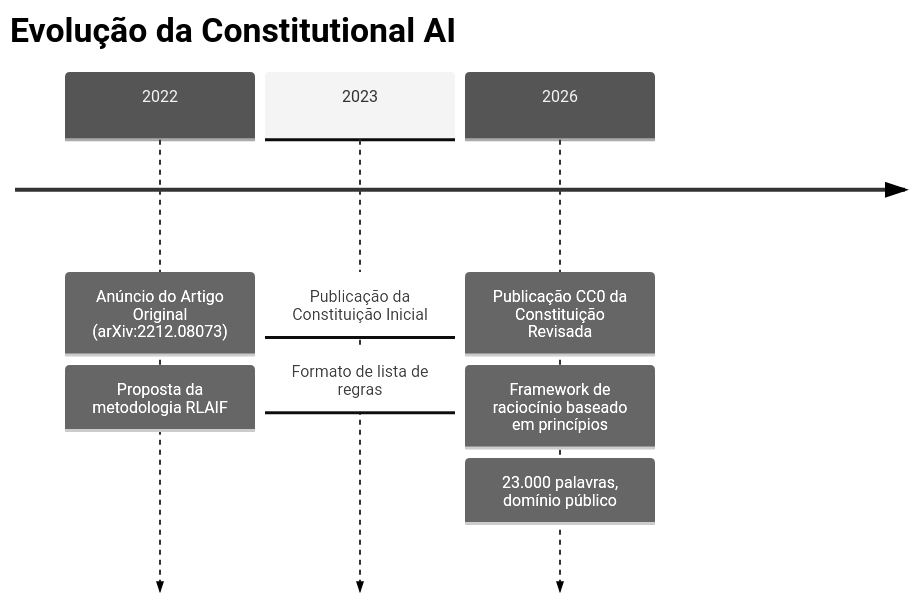
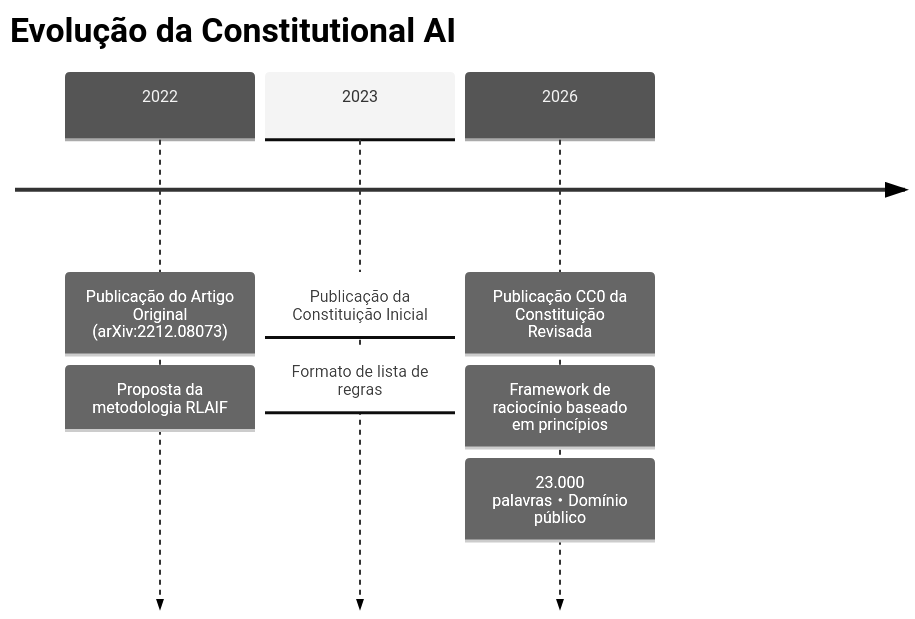
The second of 2 diagrams in articles/pt/2026-03-18-anthropic-constitutional-ai-cc0-open.md (no-problem-dev/rick-brick-content), drawn with Mermaid (neutral theme) before and after one commit. The commit also changed other lines of this file and 126 other files, not shown here.

````diff
--- a/articles/pt/2026-03-18-anthropic-constitutional-ai-cc0-open.md
+++ b/articles/pt/2026-03-18-anthropic-constitutional-ai-cc0-open.md
@@ -143,11 +136,11 @@
 ```mermaid
 timeline
     title Evolução da Constitutional AI
-    2022 : Anúncio do Artigo Original (arXiv:2212.08073)
+    2022 : Publicação do Artigo Original (arXiv:2212.08073)
          : Proposta da metodologia RLAIF
     2023 : Publicação da Constituição Inicial
          : Formato de lista de regras
     2026 : Publicação CC0 da Constituição Revisada
          : Framework de raciocínio baseado em princípios
-         : 23.000 palavras, domínio público
+         : 23.000 palavras・Domínio público
 ```
````
